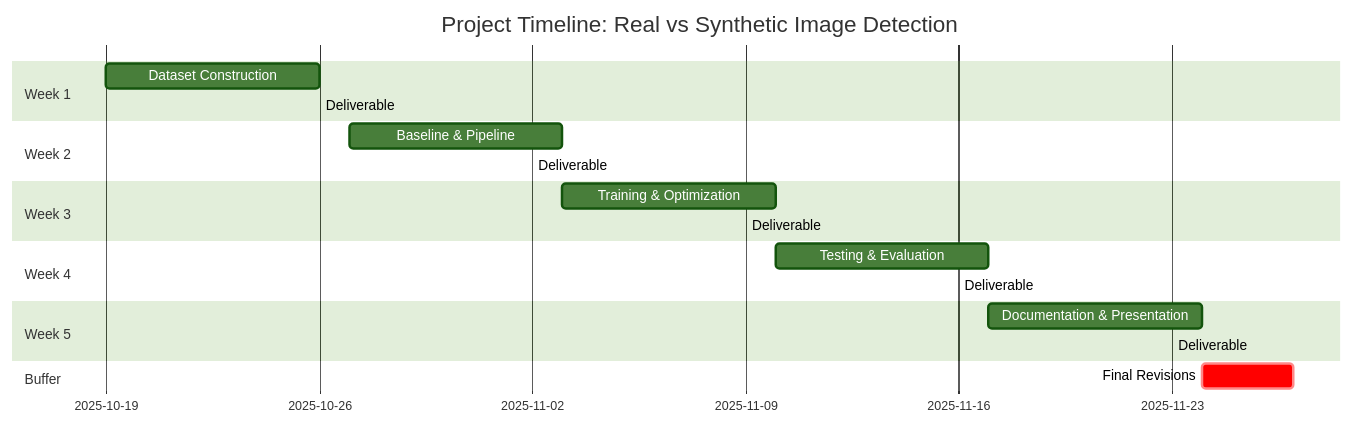
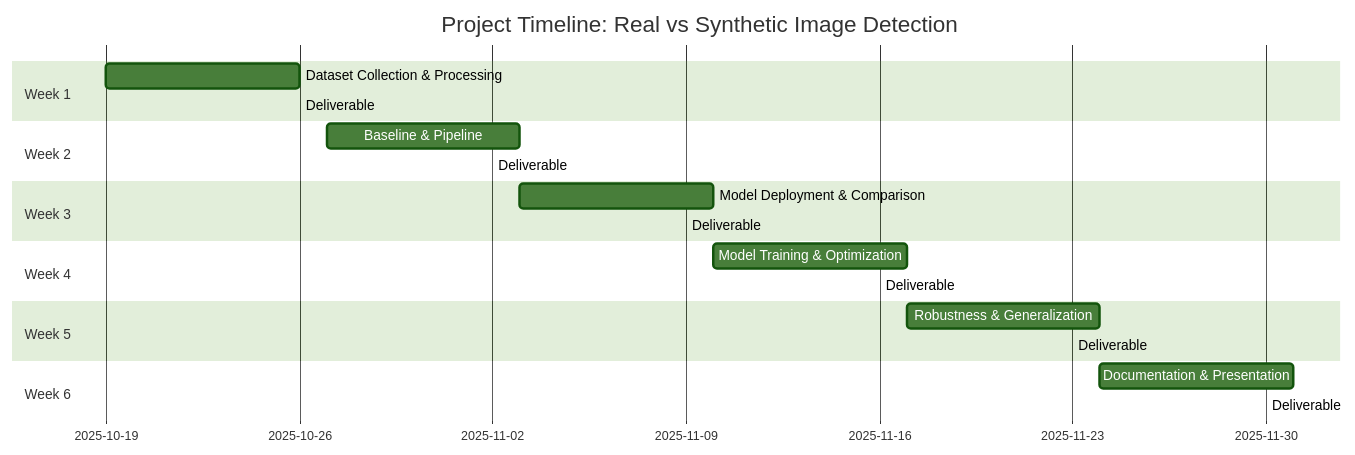
One commit to CVLabWorks/CVIMGDetection changed the diagram in proposal/project_proposal.md. Above: the diagram before and after it, drawn with Mermaid (forest theme). The commit also changed other lines of this file and 1 other file, not shown here.

````diff
--- a/proposal/project_proposal.md
+++ b/proposal/project_proposal.md
@@ -59,28 +57,29 @@
 ```mermaid
 gantt
     title Project Timeline: Real vs Synthetic Image Detection
     dateFormat YYYY-MM-DD
     
     section Week 1
-    Dataset Construction           :a1, 2025-10-19, 7d
-    Deliverable: Dataset          :milestone, 2025-10-26, 0d
+    Dataset Collection & Processing    :a1, 2025-10-19, 7d
+    Deliverable: Dataset & Metrics    :milestone, 2025-10-26, 0d
     
     section Week 2
-    Baseline & Pipeline           :a2, 2025-10-27, 7d
-    Deliverable: Pipeline         :milestone, 2025-11-02, 0d
+    Baseline & Pipeline               :a2, 2025-10-27, 7d
+    Deliverable: Pipeline             :milestone, 2025-11-02, 0d
     
     section Week 3
-    Training & Optimization       :a3, 2025-11-03, 7d
-    Deliverable: Trained Model    :milestone, 2025-11-09, 0d
+    Model Deployment & Comparison     :a3, 2025-11-03, 7d
+    Deliverable: Model Variants       :milestone, 2025-11-09, 0d
     
     section Week 4
-    Testing & Evaluation          :a4, 2025-11-10, 7d
-    Deliverable: Results          :milestone, 2025-11-16, 0d
+    Model Training & Optimization     :a4, 2025-11-10, 7d
+    Deliverable: Trained Models       :milestone, 2025-11-16, 0d
     
     section Week 5
-    Documentation & Presentation  :a5, 2025-11-17, 7d
-    Deliverable: Final Submission :milestone, 2025-11-23, 0d
+    Robustness & Generalization       :a5, 2025-11-17, 7d
+    Deliverable: Evaluation Report    :milestone, 2025-11-23, 0d
     
-    section Buffer
-    Final Revisions               :crit, a6, 2025-11-24, 3d
+    section Week 6
+    Documentation & Presentation      :a6, 2025-11-24, 7d
+    Deliverable: Final Submission     :milestone, 2025-11-30, 0d
 ```
````
